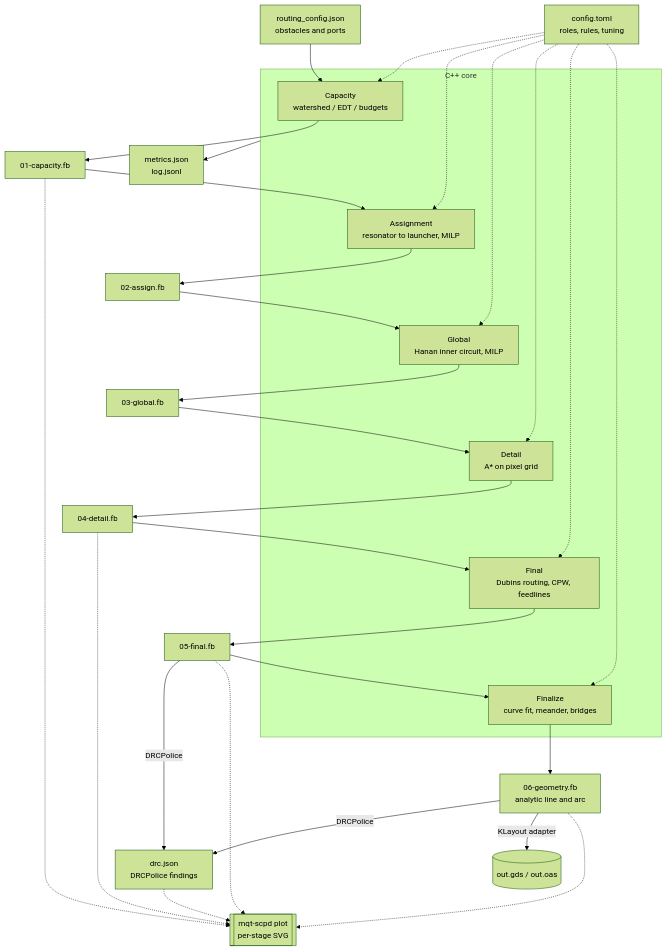
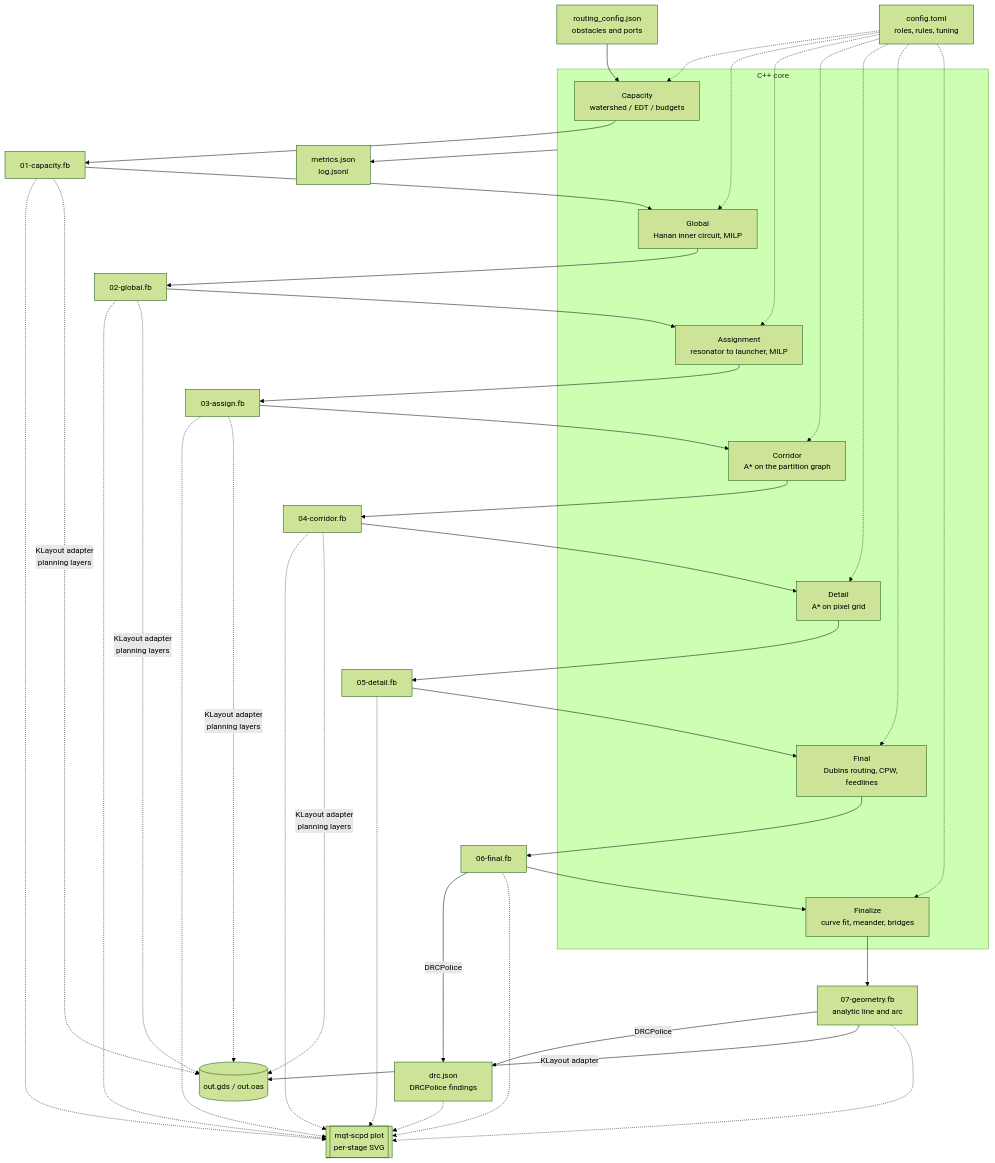
One commit to munich-quantum-toolkit/scpd changed the second of 5 diagrams in ARCHITECTURE.md. Above: the diagram before and after it, drawn with Mermaid (forest theme). The commit also changed other lines of this file and 20 other files, not shown here.

````diff
--- a/ARCHITECTURE.md
+++ b/ARCHITECTURE.md
@@ -72,34 +70,37 @@
 ```mermaid
 flowchart TD
   chip[routing_config.json<br/>obstacles and ports]
   cfg[config.toml<br/>roles, rules, tuning]
 
   subgraph core["C++ core"]
     cap[Capacity<br/>watershed / EDT / budgets]
+    glb[Global<br/>Hanan inner circuit, MILP]
     asg[Assignment<br/>resonator to launcher, MILP]
-    glb[Global<br/>Hanan inner circuit, MILP]
+    cor[Corridor<br/>A* on the partition graph]
     det[Detail<br/>A* on pixel grid]
     fin[Final<br/>Dubins routing, CPW, feedlines]
     geo[Finalize<br/>curve fit, meander, bridges]
   end
 
   a1[01-capacity.fb]
-  a2[02-assign.fb]
-  a3[03-global.fb]
-  a4[04-detail.fb]
-  a5[05-final.fb]
-  a6[06-geometry.fb<br/>analytic line and arc]
+  a2[02-global.fb]
+  a3[03-assign.fb]
+  a4[04-corridor.fb]
+  a5[05-detail.fb]
+  a6[06-final.fb]
+  a7[07-geometry.fb<br/>analytic line and arc]
   met[metrics.json<br/>log.jsonl]
   drc[drc.json<br/>DRCPolice findings]
   gds[(out.gds / out.oas)]
 
   svg[["mqt-scpd plot<br/>per-stage SVG"]]
 
-  chip --> cap --> a1 --> asg --> a2 --> glb --> a3 --> det --> a4 --> fin --> a5 --> geo --> a6
-  cfg -.-> cap & asg & glb & det & fin & geo
+  chip --> cap --> a1 --> glb --> a2 --> asg --> a3 --> cor --> a4 --> det --> a5 --> fin --> a6 --> geo --> a7
+  cfg -.-> cap & glb & asg & cor & det & fin & geo
   core --> met
-  a5 & a6 -->|DRCPolice| drc
-  a6 -->|KLayout adapter| gds
-  a1 & a4 & a5 & a6 -.-> svg
+  a6 & a7 -->|DRCPolice| drc
+  a7 -->|KLayout adapter| gds
+  a1 & a2 & a3 & a4 & a5 & a6 & a7 -.-> svg
+  a1 & a2 & a3 & a4 -.->|KLayout adapter<br/>planning layers| gds
   drc -.-> svg
 ```
````
